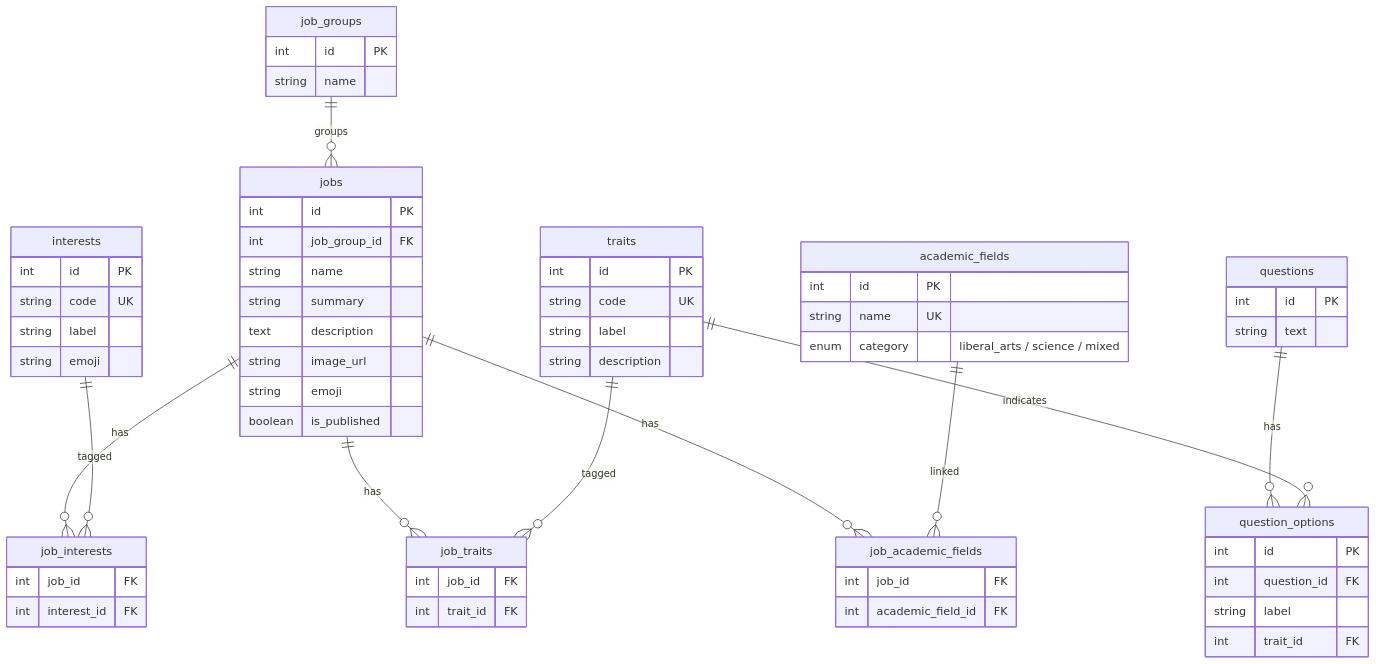
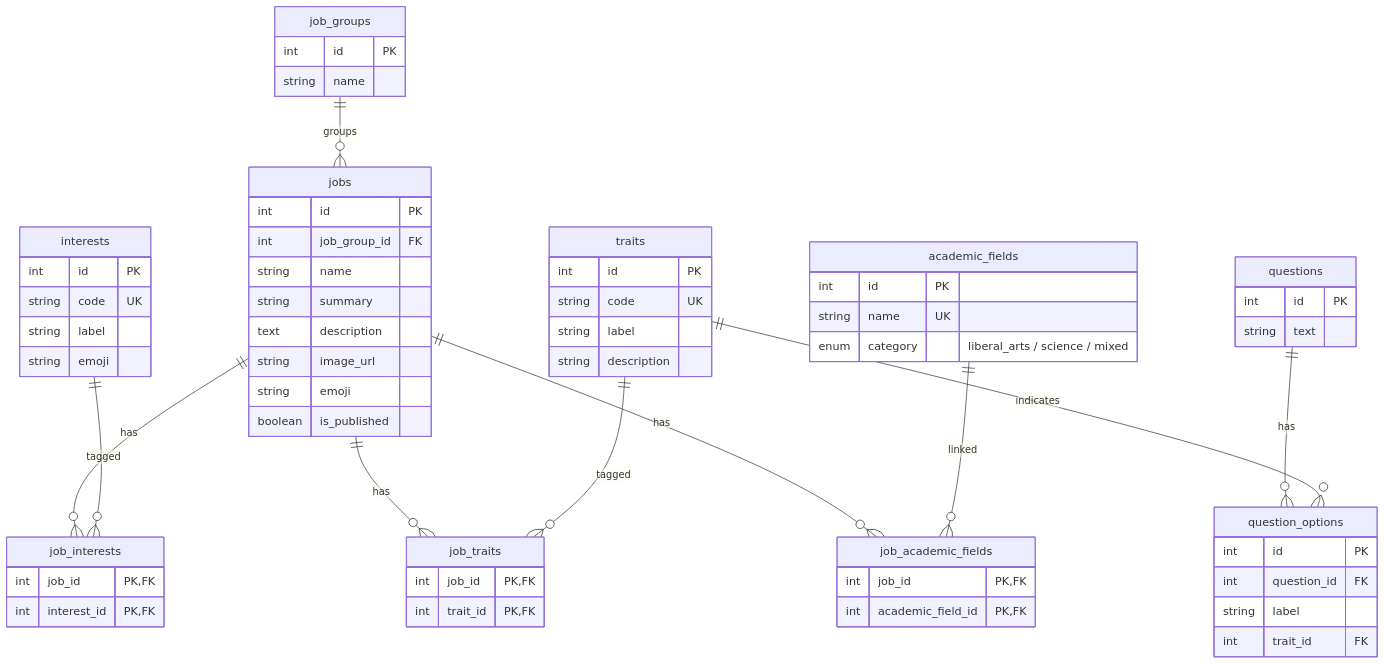
The diagram in docs/plan/diagrams/erd-master.mmd (AkikoFujikawa/shigoto-mikke), drawn with Mermaid before and after one commit. The commit also changed 3 other files, not shown here.

Commit message:
docs: ER図の中間テーブルに複合主キーを明記

```diff
--- a/docs/plan/diagrams/erd-master.mmd
+++ b/docs/plan/diagrams/erd-master.mmd
@@ -1,63 +1,63 @@
 erDiagram
   job_groups ||--o{ jobs : "groups"
   jobs ||--o{ job_interests : "has"
   interests ||--o{ job_interests : "tagged"
   jobs ||--o{ job_traits : "has"
   traits ||--o{ job_traits : "tagged"
   jobs ||--o{ job_academic_fields : "has"
   academic_fields ||--o{ job_academic_fields : "linked"
   questions ||--o{ question_options : "has"
   traits ||--o{ question_options : "indicates"
   job_groups {
     int id PK
     string name
   }
   jobs {
     int id PK
     int job_group_id FK
     string name
     string summary
     text description
     string image_url
     string emoji
     boolean is_published
   }
   interests {
     int id PK
     string code UK
     string label
     string emoji
   }
   traits {
     int id PK
     string code UK
     string label
     string description
   }
   academic_fields {
     int id PK
     string name UK
     enum category "liberal_arts / science / mixed"
   }
   questions {
     int id PK
     string text
   }
   question_options {
     int id PK
     int question_id FK
     string label
     int trait_id FK
   }
   job_interests {
-    int job_id FK
-    int interest_id FK
+    int job_id PK, FK
+    int interest_id PK, FK
   }
   job_traits {
-    int job_id FK
-    int trait_id FK
+    int job_id PK, FK
+    int trait_id PK, FK
   }
   job_academic_fields {
-    int job_id FK
-    int academic_field_id FK
+    int job_id PK, FK
+    int academic_field_id PK, FK
   }
```
